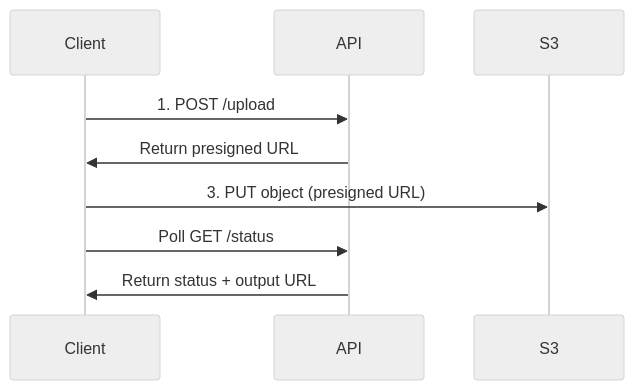
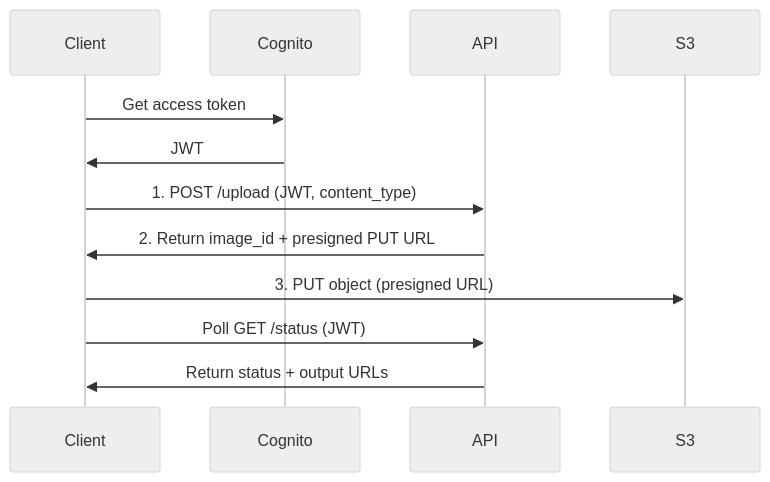
Before and after one commit to Valken/image-processor: the second of 2 diagrams in docs/design.md, drawn with Mermaid (neutral theme). The commit also changed other lines of this file, not shown here.

First line of the commit message:
docs: Record error handling, handler layout and upload design (#18)

````diff
--- a/docs/design.md
+++ b/docs/design.md
@@ -107,16 +214,19 @@
 ```mermaid
 sequenceDiagram
     participant Client
+    participant Cognito
     participant API
     participant S3
 
+    Client->>Cognito: Get access token
+    Cognito->>Client: JWT
 
-    Client->>API: 1. POST /upload
-    API->>Client: Return presigned URL
+    Client->>API: 1. POST /upload (JWT, content_type)
+    API->>Client: 2. Return image_id + presigned PUT URL
 
     Client->>S3: 3. PUT object (presigned URL)
 
-    Client->>API: Poll GET /status
-    API->>Client: Return status + output URL
+    Client->>API: Poll GET /status (JWT)
+    API->>Client: Return status + output URLs
 
 ```
````
